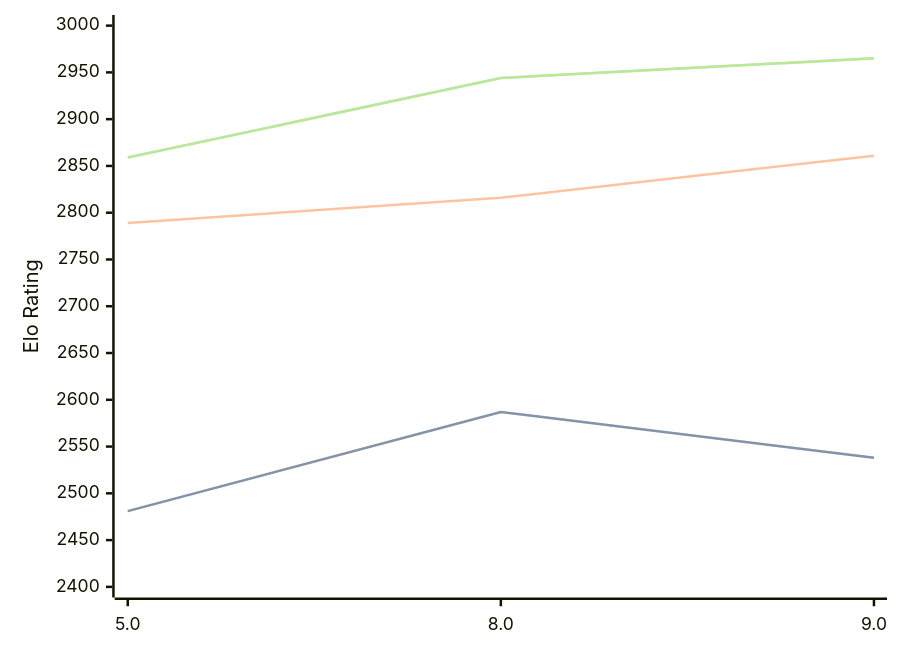
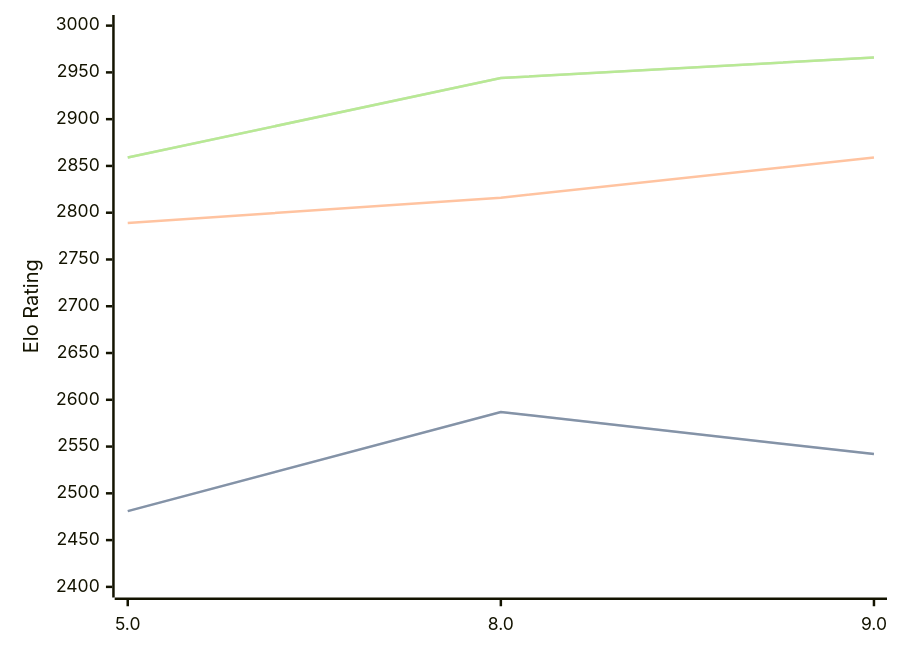
The diagram in engines/4kc.md (computer-chess-index/cci), drawn with Mermaid before and after one commit. The commit also changed other lines of this file, not shown here.

Commit message:
Update CCI Ratings (ELO VLTC) - 2026-09-01

````diff
--- a/engines/4kc.md
+++ b/engines/4kc.md
@@ -33,11 +33,11 @@
 ```mermaid
 %%{init: {"theme":"base","themeVariables":{"seriesColors:['#a3a3a3','#222221','#faa371']}}}%%
 xychart-beta
   x-axis ["5.0", "8.0", "9.0"]
   y-axis "Elo Rating" 2400 --> 3000
-  line "" [2481, 2587, 2538]
-  line "STC (8.0+0.08s)" [2481, 2587, 2538]
-  line "LTC (60.0+0.60s)" [2789, 2816, 2861]
-  line "" [2859, 2944, 2965]
-  line "VLTC (2m24s+1.12s)" [2859, 2944, 2965]
+  line "" [2481, 2587, 2542]
+  line "STC (8.0+0.08s)" [2481, 2587, 2542]
+  line "LTC (60.0+0.60s)" [2789, 2816, 2859]
+  line "" [2859, 2944, 2966]
+  line "VLTC (2m24s+1.12s)" [2859, 2944, 2966]
 ```
````
